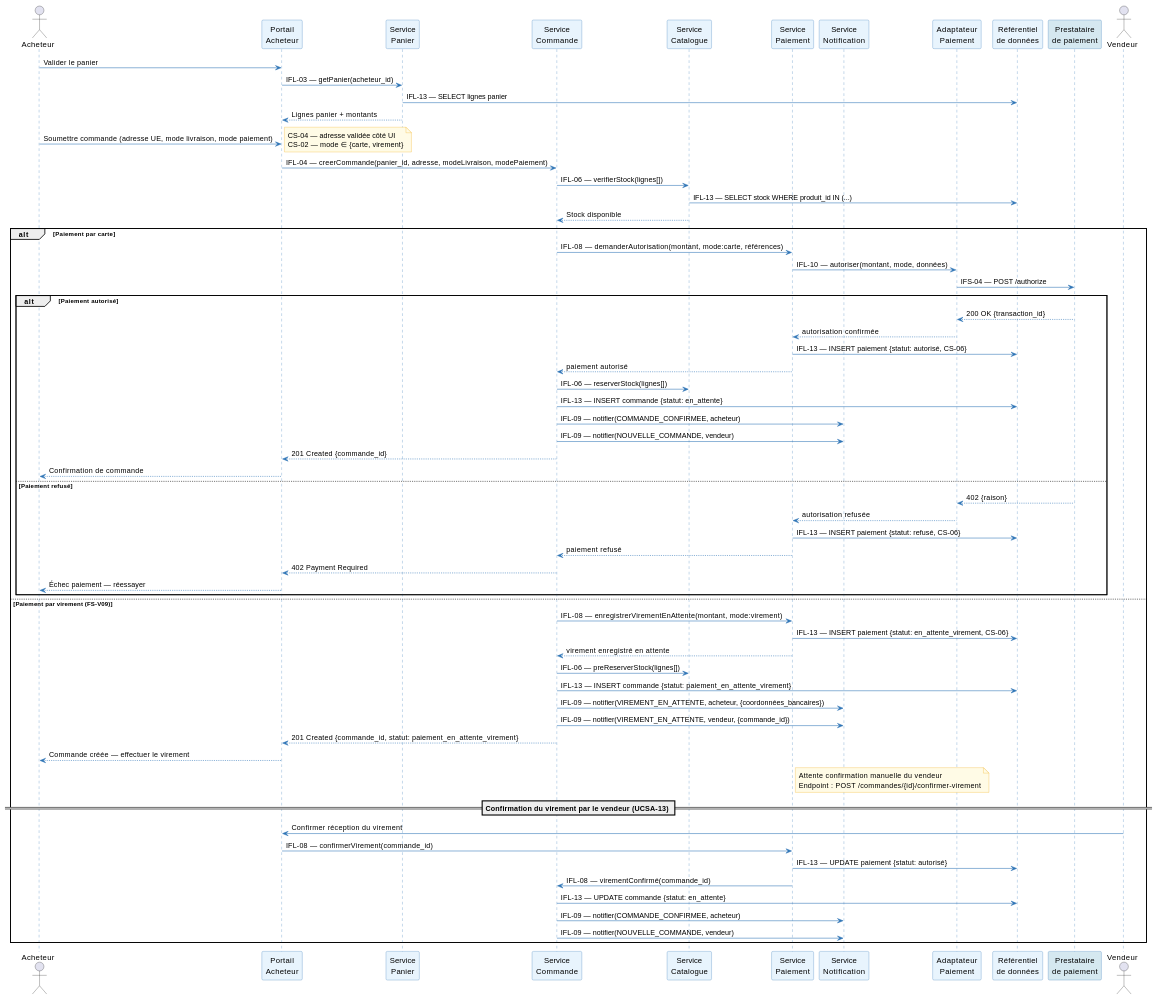
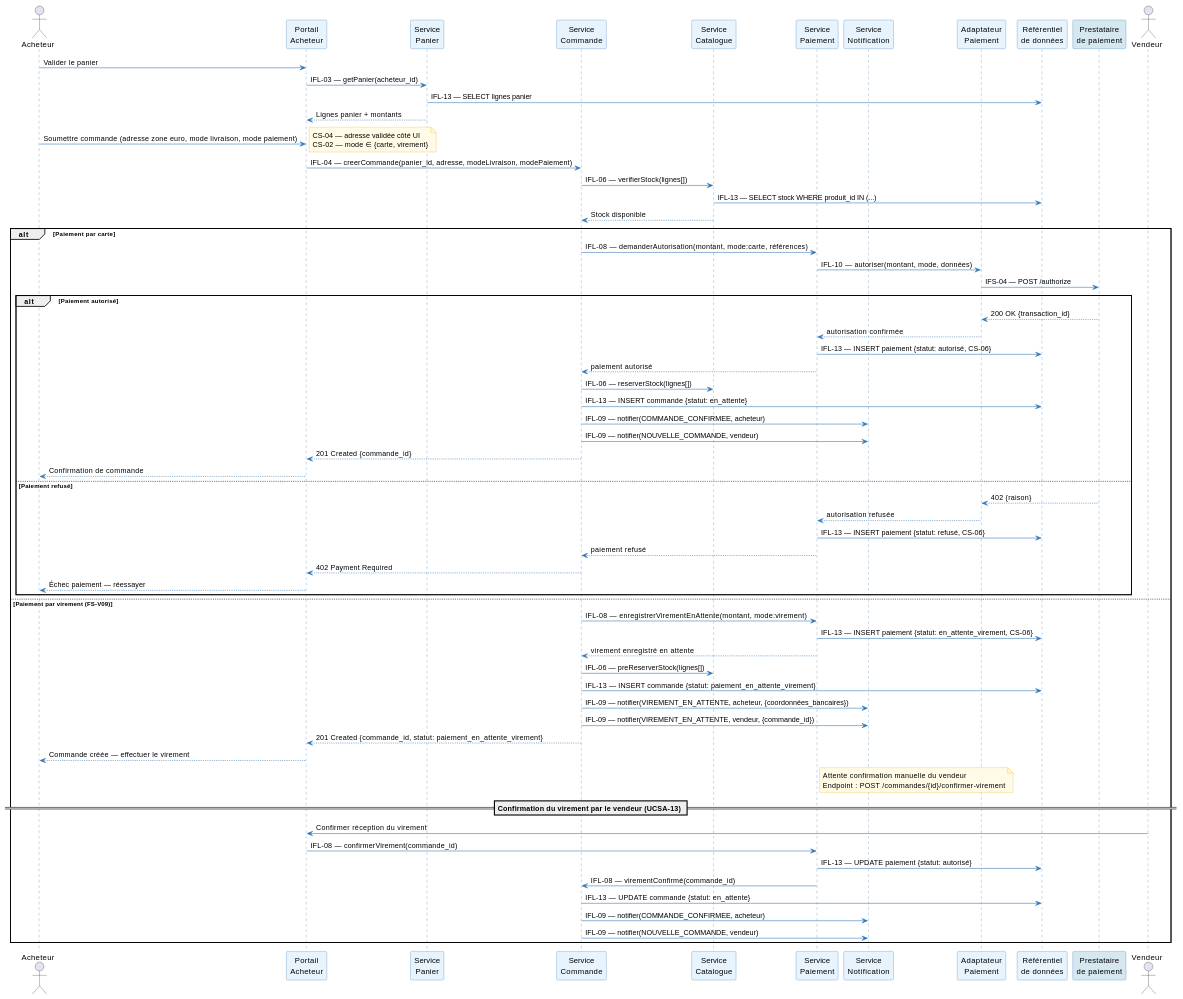
The third of 7 diagrams in architecture/03-logical-architecture/la.adoc (louistalvande/online_shop), drawn with PlantUML before and after one commit. The commit also changed 20 other files, not shown here.

Commit message:
deliver to euro zone only

```diff
--- a/architecture/03-logical-architecture/la.adoc
+++ b/architecture/03-logical-architecture/la.adoc
@@ -365,7 +365,7 @@
 SvcCart -> DB : IFL-13 — SELECT lignes panier
 SvcCart --> UI : Lignes panier + montants
 
-Buyer -> UI : Soumettre commande (adresse UE, mode livraison, mode paiement)
+Buyer -> UI : Soumettre commande (adresse zone euro, mode livraison, mode paiement)
 note right : CS-04 — adresse validée côté UI\nCS-02 — mode ∈ {carte, virement}
 
 UI -> SvcOrder : IFL-04 — creerCommande(panier_id, adresse, modeLivraison, modePaiement)
```
